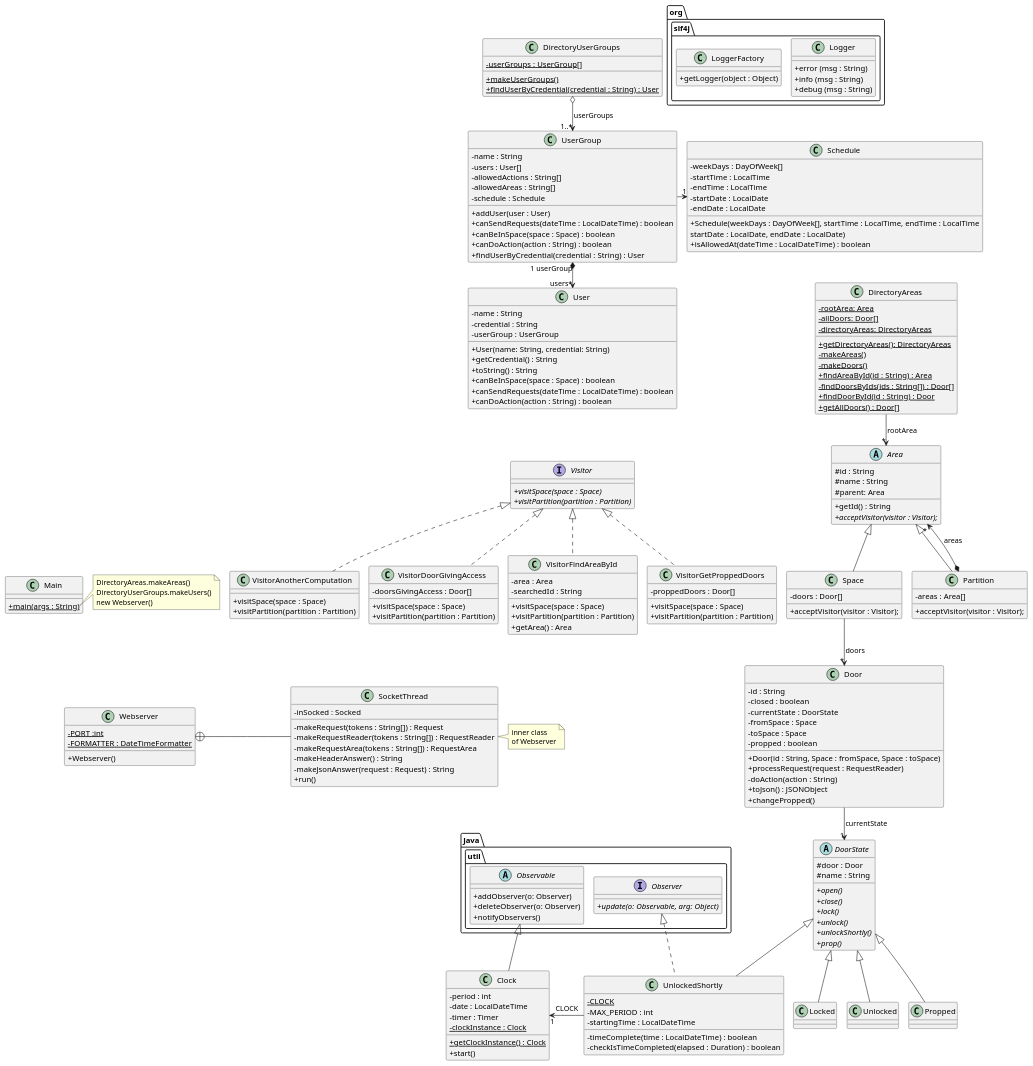
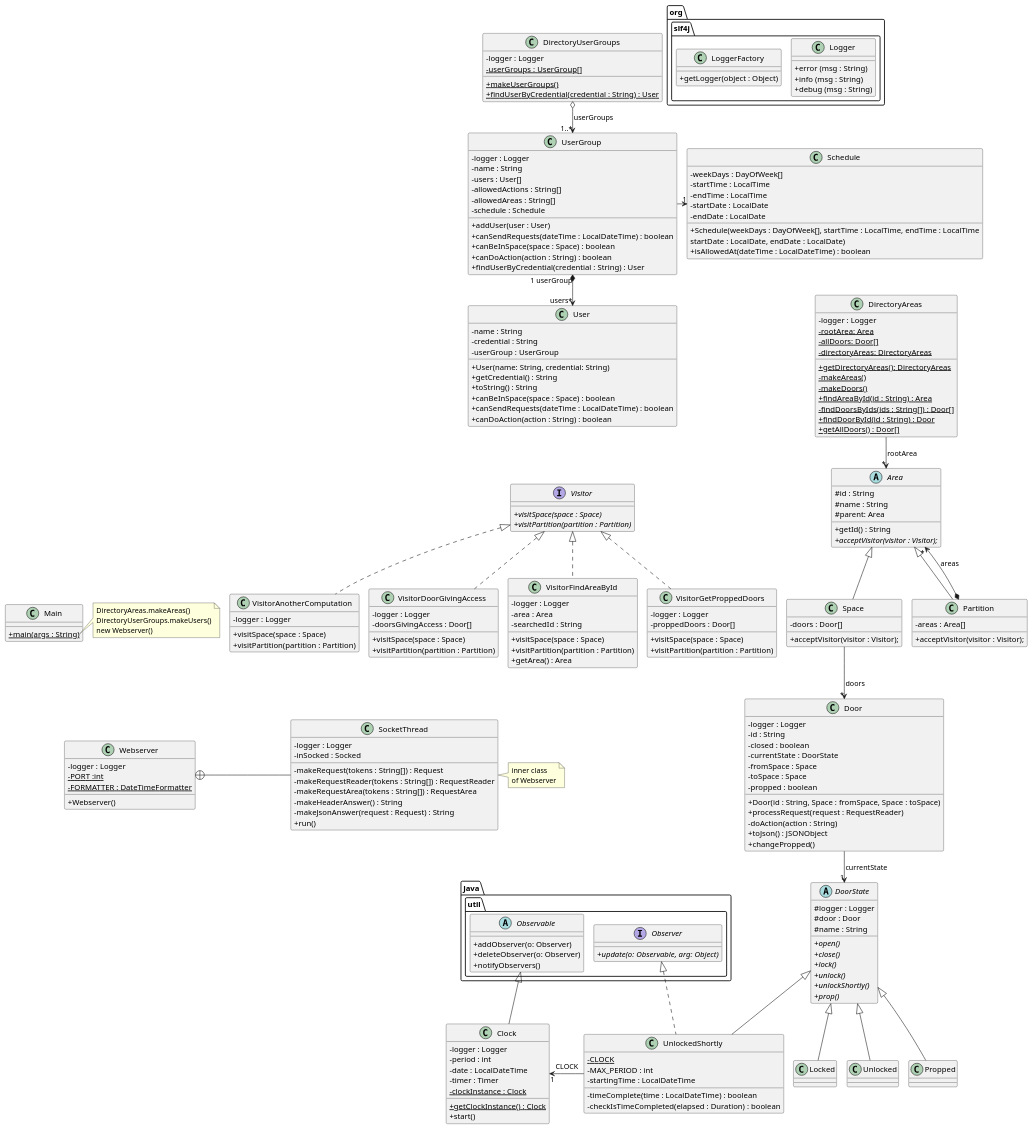
One commit to cantepoler/acs_uab changed the diagram in src/baseNoStates/uml/base_no_states.puml. Above: the diagram before and after it, drawn with PlantUML.

Commit message:
logger a les classes que el tenen com atribut

```diff
--- a/src/baseNoStates/uml/base_no_states.puml
+++ b/src/baseNoStates/uml/base_no_states.puml
@@ -4,12 +4,14 @@
 !pragma layout smetana
 
 class Webserver {
+- logger : Logger
 - {static} PORT :int
 - {static} FORMATTER : DateTimeFormatter
 + Webserver()
 }
 
 class SocketThread {
+- logger : Logger
 - inSocked : Socked
 - makeRequest(tokens : String[]) : Request
 - makeRequestReader(tokens : String[]) : RequestReader
@@ -28,6 +30,7 @@
 
 class DirectoryAreas
 {
+- logger : Logger
 {static}- rootArea: Area
 {static}- allDoors: Door[]
 {static}- directoryAreas: DirectoryAreas
@@ -43,6 +46,7 @@
 DirectoryAreas --> "*" Area : "rootArea"
 
 class Door {
+- logger : Logger
 - id : String
 - closed : boolean
 - currentState : DoorState
@@ -57,6 +61,7 @@
 }
 
 class DirectoryUserGroups {
+- logger : Logger
 {static}- userGroups : UserGroup[]
 {static}+ makeUserGroups()
 {static}+ findUserByCredential(credential : String) : User
@@ -66,6 +71,7 @@
 UserGroup "1 userGroup"*-->"users*" User
 
 class UserGroup {
+- logger : Logger
 - name : String
 - users : User[]
 - allowedActions : String[]
@@ -110,6 +116,7 @@
 }
 
 abstract DoorState{
+# logger : Logger
 # door : Door
 # name : String
 {abstract}+ open()
@@ -156,6 +163,7 @@
 }
 
 class Clock{
+- logger : Logger
 - period : int
 - date : LocalDateTime
 - timer : Timer
@@ -170,17 +178,20 @@
 }
 
 class VisitorAnotherComputation implements Visitor {
+- logger : Logger
 + visitSpace(space : Space)
 + visitPartition(partition : Partition)
 }
 
 class VisitorDoorGivingAccess implements Visitor {
+- logger : Logger
 - doorsGivingAccess : Door[]
 + visitSpace(space : Space)
 + visitPartition(partition : Partition)
 }
 
 class VisitorFindAreaById implements Visitor {
+- logger : Logger
 - area : Area
 - searchedId : String
 + visitSpace(space : Space)
@@ -189,6 +200,7 @@
 }
 
 class VisitorGetProppedDoors implements Visitor {
+- logger : Logger
 - proppedDoors : Door[]
 + visitSpace(space : Space)
 + visitPartition(partition : Partition)
```
